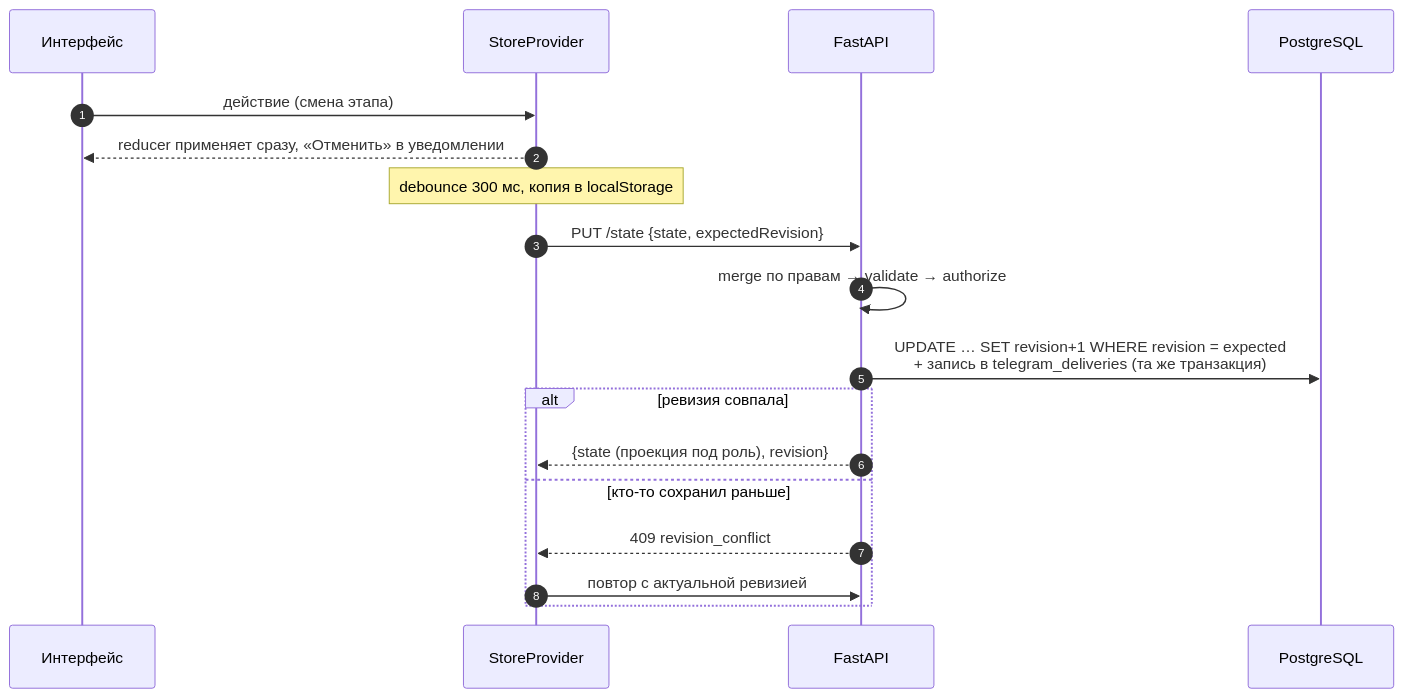
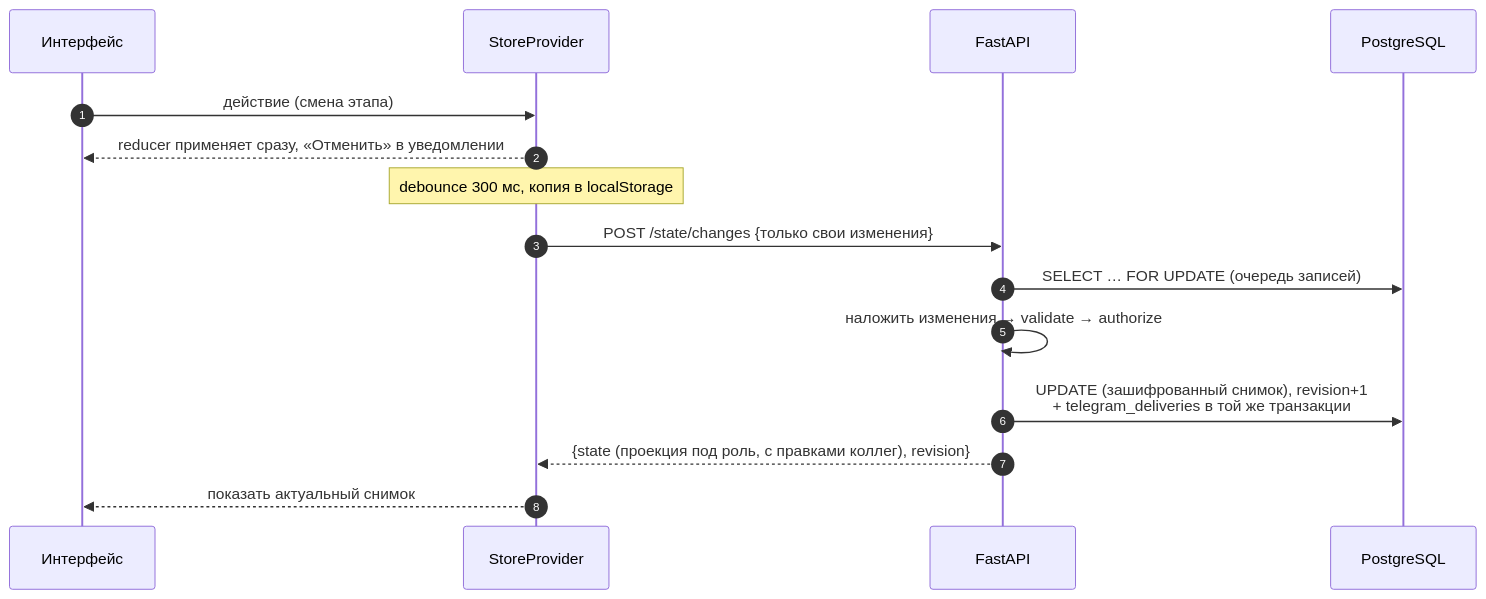
Before and after one commit to 1flipstar1/LCT-IT-school-RST-67-MISIS: the third of 8 diagrams in README.md, drawn with Mermaid. The commit also changed other lines of this file and 25 other files, not shown here.

````diff
--- a/README.md
+++ b/README.md
@@ -250,21 +287,18 @@
 ```mermaid
 sequenceDiagram
     autonumber
     participant UI as Интерфейс
     participant S as StoreProvider
     participant API as FastAPI
     participant DB as PostgreSQL
 
     UI->>S: действие (смена этапа)
     S-->>UI: reducer применяет сразу, «Отменить» в уведомлении
     Note over S: debounce 300 мс, копия в localStorage
-    S->>API: PUT /state {state, expectedRevision}
-    API->>API: merge по правам → validate → authorize
-    API->>DB: UPDATE … SET revision+1 WHERE revision = expected<br/>+ запись в telegram_deliveries (та же транзакция)
-    alt ревизия совпала
-        API-->>S: {state (проекция под роль), revision}
-    else кто-то сохранил раньше
-        API-->>S: 409 revision_conflict
-        S->>API: повтор с актуальной ревизией
-    end
+    S->>API: POST /state/changes {только свои изменения}
+    API->>DB: SELECT … FOR UPDATE (очередь записей)
+    API->>API: наложить изменения → validate → authorize
+    API->>DB: UPDATE (зашифрованный снимок), revision+1<br/>+ telegram_deliveries в той же транзакции
+    API-->>S: {state (проекция под роль, с правками коллег), revision}
+    S-->>UI: показать актуальный снимок
 ```
````
